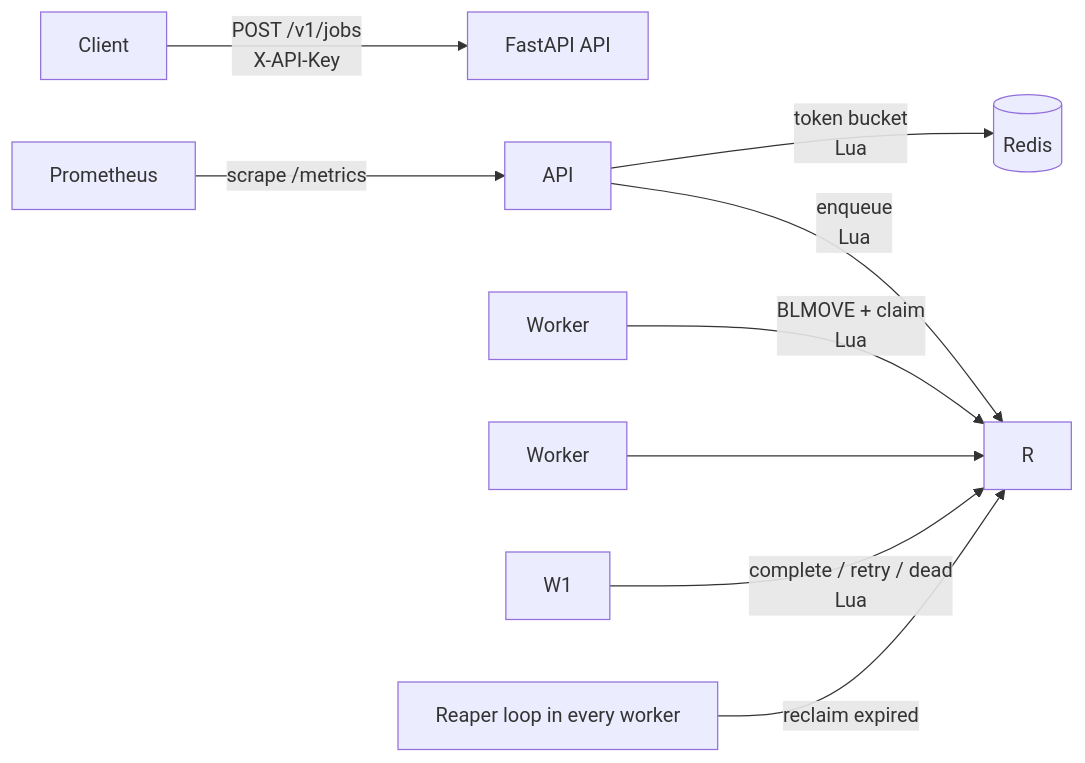
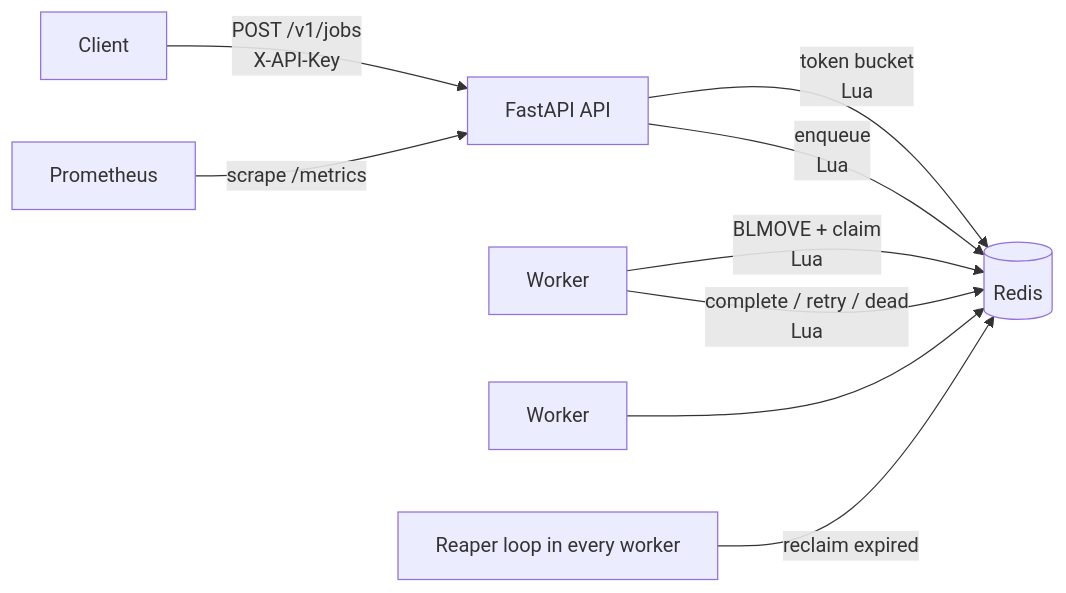
The diagram in README.md (Chrisbrown1306/TaskForge), drawn with Mermaid before and after one commit. The commit also changed other lines of this file, not shown here.

````diff
--- a/README.md
+++ b/README.md
@@ -24,11 +24,11 @@
 ```mermaid
 flowchart LR
-    C\\\[Client] -->|POST /v1/jobs<br/>X-API-Key| API\\\[FastAPI API]
-    API -->|token bucket<br/>Lua| R\\\[(Redis)]
+    C[Client] -->|POST /v1/jobs<br/>X-API-Key| API[FastAPI API]
+    API -->|token bucket<br/>Lua| R[(Redis)]
     API -->|enqueue<br/>Lua| R
-    W1\\\[Worker] -->|BLMOVE + claim<br/>Lua| R
-    W2\\\[Worker] --> R
+    W1[Worker] -->|BLMOVE + claim<br/>Lua| R
+    W2[Worker] --> R
     W1 -->|complete / retry / dead<br/>Lua| R
-    REAPER\\\[Reaper loop in every worker] -->|reclaim expired| R
-    PROM\\\[Prometheus] -->|scrape /metrics| API
+    REAPER[Reaper loop in every worker] -->|reclaim expired| R
+    PROM[Prometheus] -->|scrape /metrics| API
 ```
````
